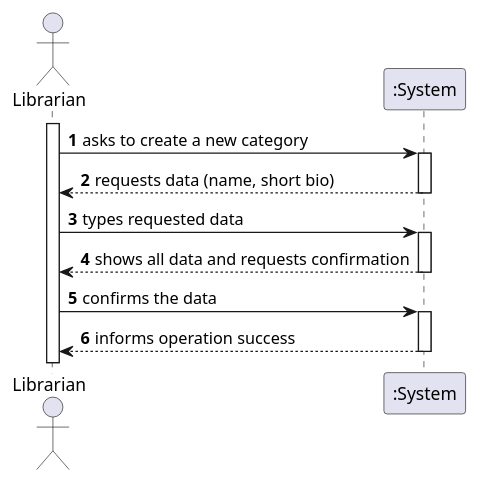
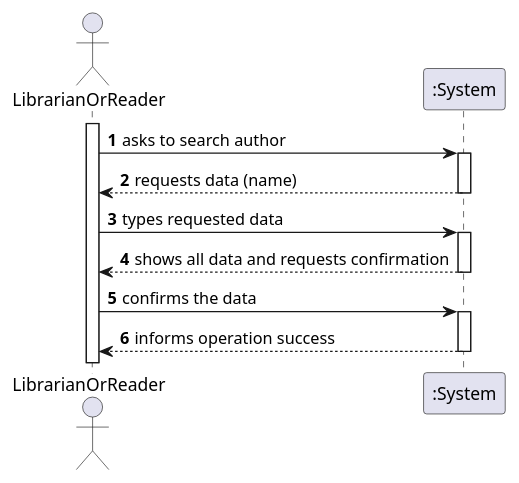
The diagram in Docs/Phase1/WP1A-Authors/Ph1-6-SearchAuthors/SSD.puml (rutemf/1220944_1220772_G01), drawn with PlantUML before and after one commit. The commit also changed 14 other files, not shown here.

```diff
--- a/Docs/Phase1/WP1A-Authors/Ph1-6-SearchAuthors/SSD.puml
+++ b/Docs/Phase1/WP1A-Authors/Ph1-6-SearchAuthors/SSD.puml
@@ -1,20 +1,20 @@
 @startuml
 'https://plantuml.com/sequence-diagram
 
 autoactivate on
 autonumber
 
-actor "Librarian" as Librarian
+actor "LibrarianOrReader" as LibrarianOrReader
 participant ":System" as System
 
-activate Librarian
+activate LibrarianOrReader
 
-Librarian -> System: asks to create a new category
-System --> Librarian: requests data (name, short bio)
+LibrarianOrReader -> System: asks to search author
+System --> LibrarianOrReader: requests data (name)
 
-Librarian -> System: types requested data
-System --> Librarian: shows all data and requests confirmation
+LibrarianOrReader -> System: types requested data
+System --> LibrarianOrReader: shows all data and requests confirmation
 
-Librarian -> System: confirms the data
-System --> Librarian: informs operation success
+LibrarianOrReader -> System: confirms the data
+System --> LibrarianOrReader: informs operation success
 @enduml
```
